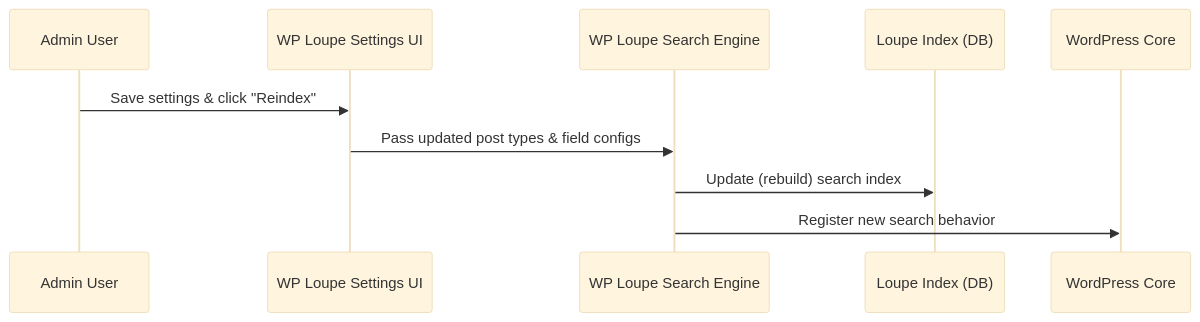
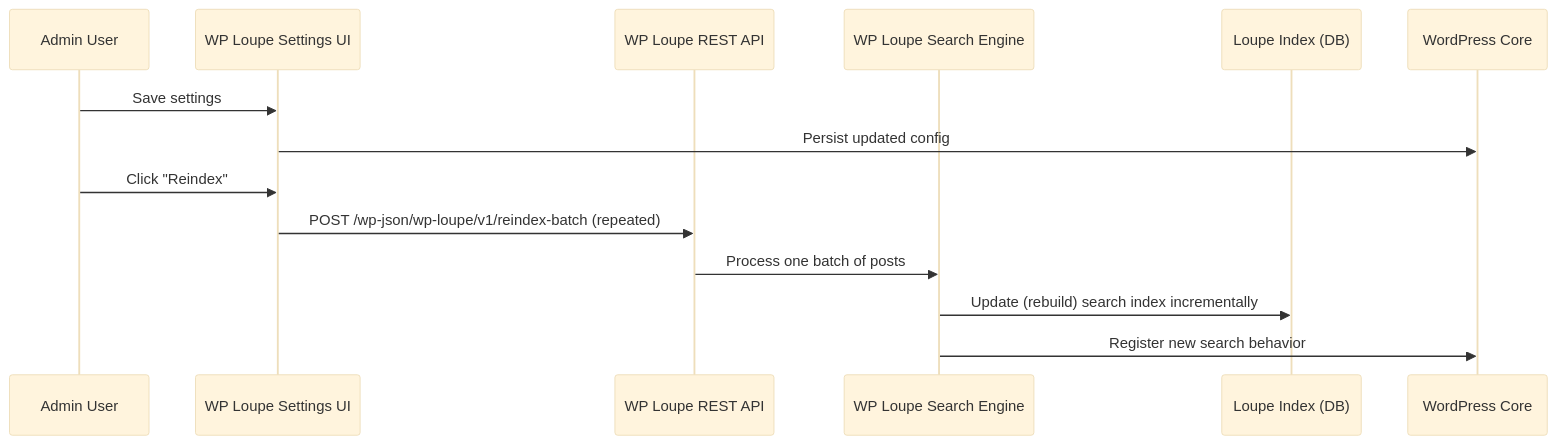
Before and after one commit to soderlind/loupe-search: the diagram in docs/tutorial/02_settings___admin_ui_.md, drawn with Mermaid (base theme). The commit also changed other lines of this file and 22 other files, not shown here.

````diff
--- a/docs/tutorial/02_settings___admin_ui_.md
+++ b/docs/tutorial/02_settings___admin_ui_.md
@@ -133,13 +133,17 @@
 ```mermaid
 sequenceDiagram
     participant User as Admin User
     participant UI as WP Loupe Settings UI
+   participant API as WP Loupe REST API
     participant Engine as WP Loupe Search Engine
     participant DB as Loupe Index (DB)
     participant WP as WordPress Core
 
-    User->>UI: Save settings & click "Reindex"
-    UI->>Engine: Pass updated post types & field configs
-    Engine->>DB: Update (rebuild) search index
-    Engine->>WP: Register new search behavior
+   User->>UI: Save settings
+   UI->>WP: Persist updated config
+   User->>UI: Click "Reindex"
+   UI->>API: POST /wp-json/wp-loupe/v1/reindex-batch (repeated)
+   API->>Engine: Process one batch of posts
+   Engine->>DB: Update (rebuild) search index incrementally
+   Engine->>WP: Register new search behavior
 ```
````
